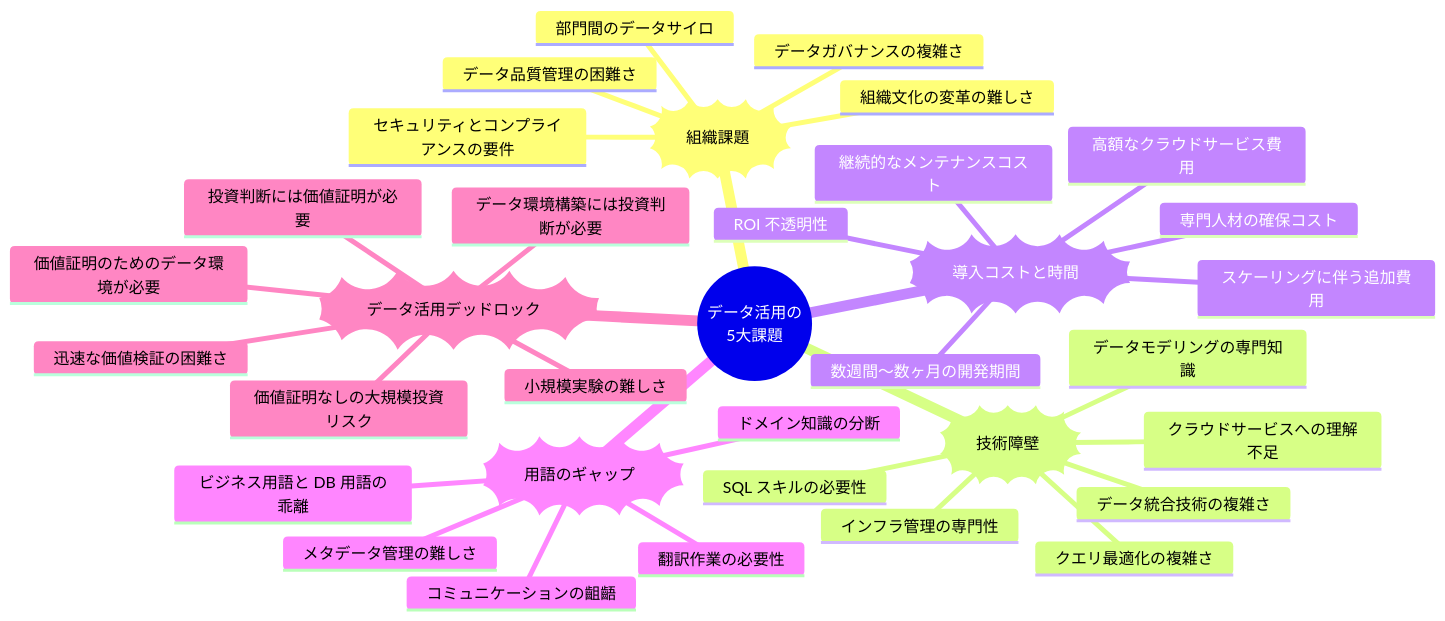
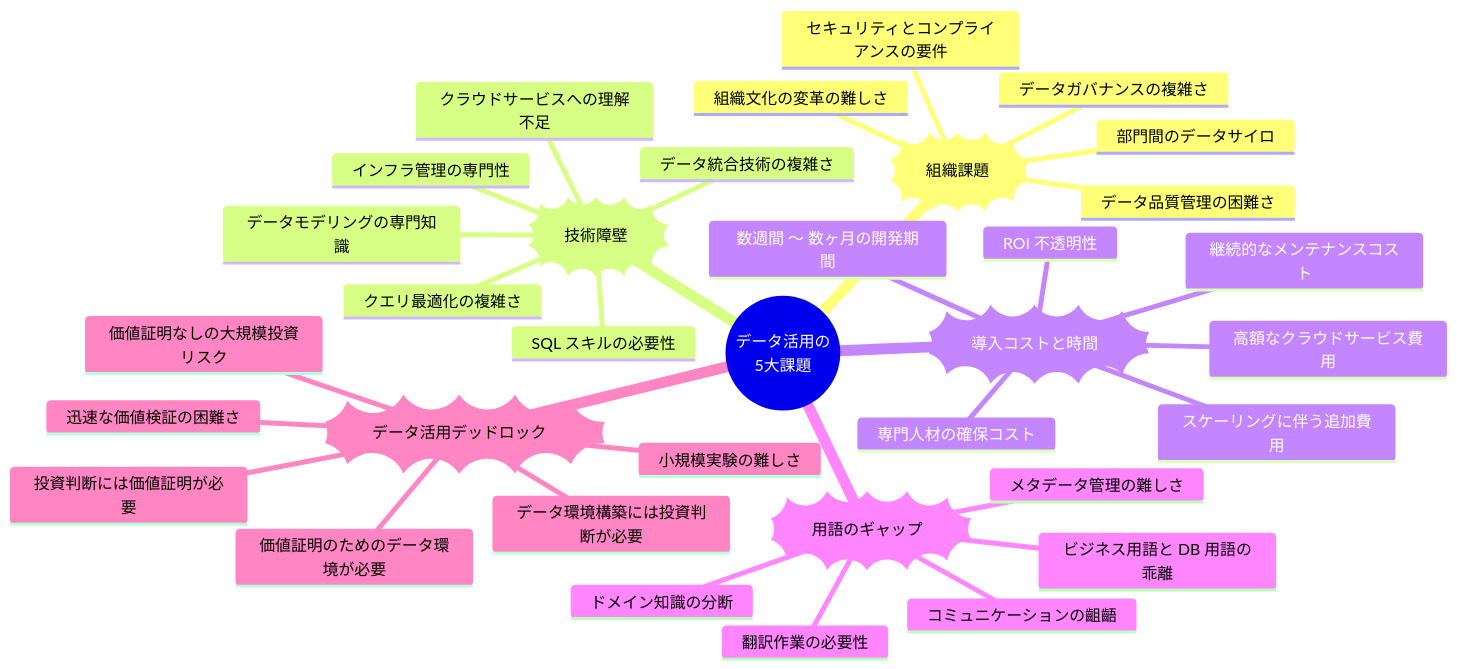
One commit to littlemex/aws-samples changed the first of 2 diagrams in databases/wren/blog/README.md. Above: the diagram before and after it, drawn with Mermaid. The commit also changed other lines of this file, not shown here.

````diff
--- a/databases/wren/blog/README.md
+++ b/databases/wren/blog/README.md
@@ -4,42 +4,42 @@
 ```mermaid
 mindmap
   root((データ活用の<br>5大課題))
     ))組織課題((
       ::icon(fa fa-users)
       部門間のデータサイロ
       データガバナンスの複雑さ
       組織文化の変革の難しさ
       データ品質管理の困難さ
       セキュリティとコンプライアンスの要件
     ))技術障壁((
       ::icon(fa fa-code)
       SQL スキルの必要性
       データモデリングの専門知識
       クエリ最適化の複雑さ
       クラウドサービスへの理解不足
       データ統合技術の複雑さ
       インフラ管理の専門性
     ))導入コストと時間((
       ::icon(fa fa-money-bill)
       高額なクラウドサービス費用
       専門人材の確保コスト
-      数週間〜数ヶ月の開発期間
+      数週間 〜 数ヶ月の開発期間
       継続的なメンテナンスコスト
       スケーリングに伴う追加費用
       ROI 不透明性
     ))用語のギャップ((
       ::icon(fa fa-language)
       ビジネス用語と DB 用語の乖離
       コミュニケーションの齟齬
       翻訳作業の必要性
       ドメイン知識の分断
       メタデータ管理の難しさ
     ))データ活用デッドロック((
       ::icon(fa fa-lock)
       価値証明のためのデータ環境が必要
       データ環境構築には投資判断が必要
       投資判断には価値証明が必要
       価値証明なしの大規模投資リスク
       小規模実験の難しさ
       迅速な価値検証の困難さ
 ```
````
